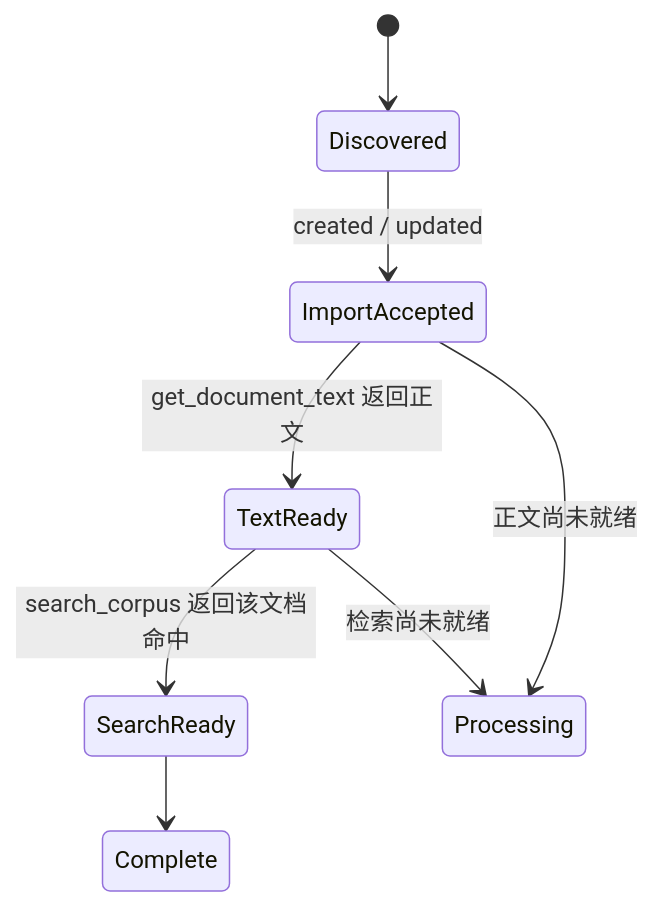
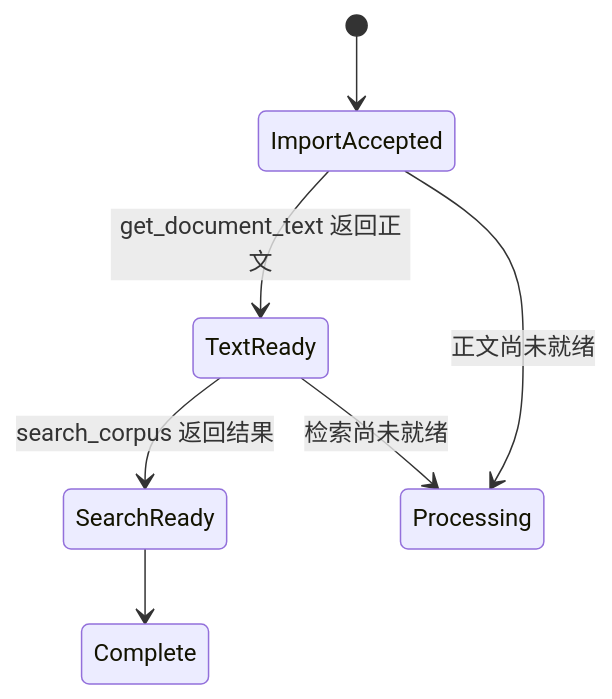
The third of 3 diagrams in docs/architecture/opencontracts-integration.md (Ri0n72Y/ContractBotConfig), drawn with Mermaid before and after one commit. The commit also changed other lines of this file, not shown here.

````diff
--- a/docs/architecture/opencontracts-integration.md
+++ b/docs/architecture/opencontracts-integration.md
@@ -82,10 +111,9 @@
 ```mermaid
 stateDiagram-v2
-    [*] --> Discovered
-    Discovered --> ImportAccepted: created / updated
+    [*] --> ImportAccepted
     ImportAccepted --> TextReady: get_document_text 返回正文
-    TextReady --> SearchReady: search_corpus 返回该文档命中
+    TextReady --> SearchReady: search_corpus 返回结果
     SearchReady --> Complete
     ImportAccepted --> Processing: 正文尚未就绪
     TextReady --> Processing: 检索尚未就绪
 ```
````
